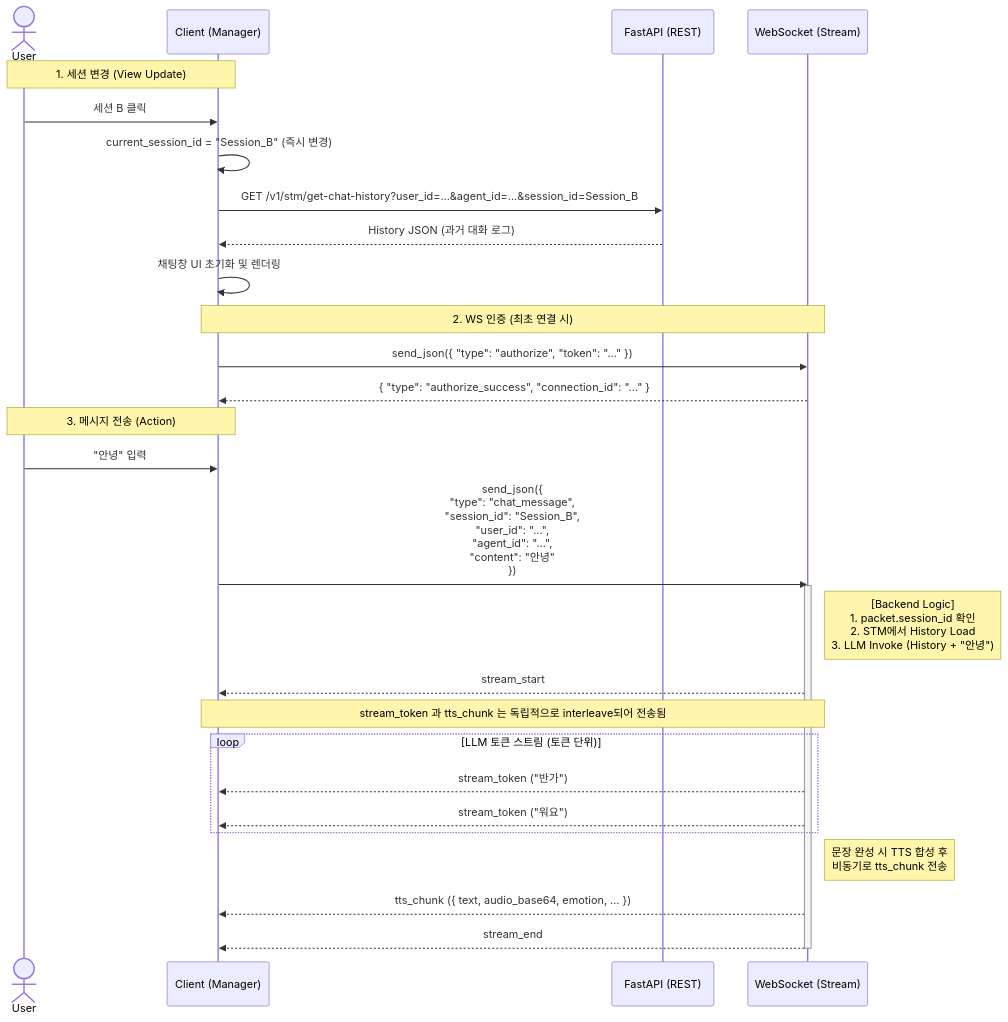
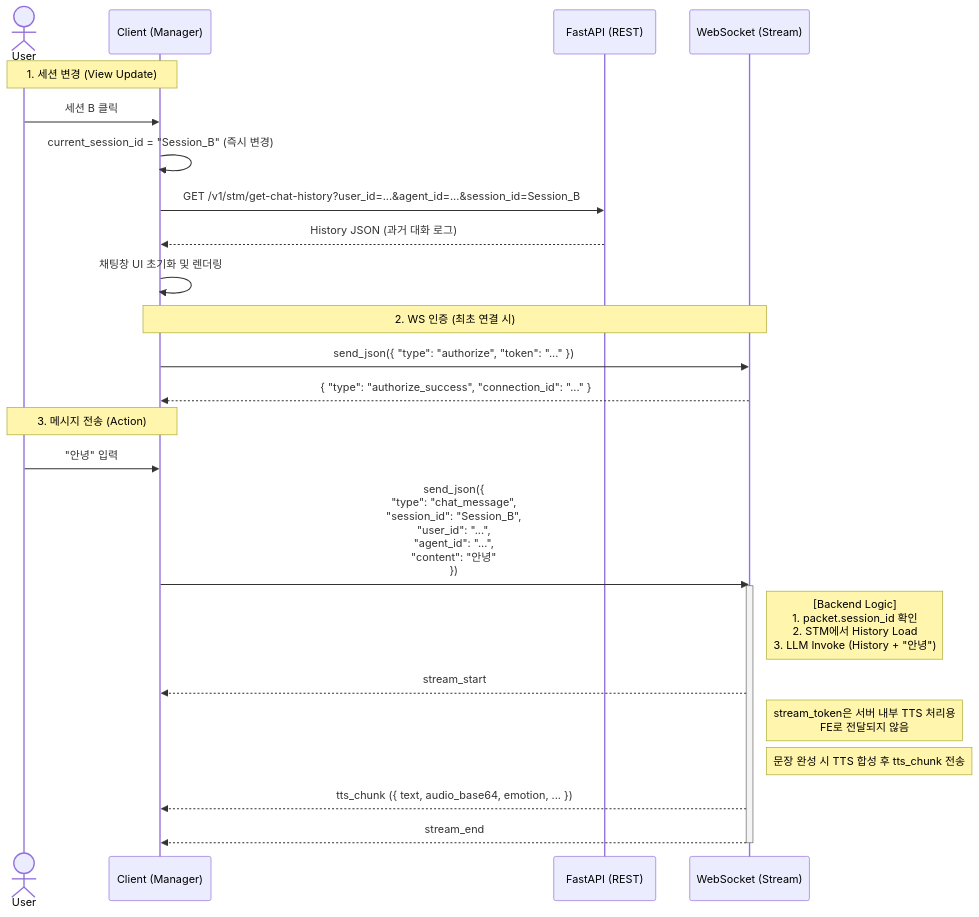
Before and after one commit to yw0nam/DesktopMatePlus: the diagram in docs/data_flow/session/SWITCH_SESSION.md, drawn with Mermaid. The commit also changed other lines of this file and 14 other files, not shown here.

````diff
--- a/docs/data_flow/session/SWITCH_SESSION.md
+++ b/docs/data_flow/session/SWITCH_SESSION.md
@@ -5,36 +5,32 @@
 ```mermaid
 sequenceDiagram
     actor User as User
     participant FE as Client (Manager)
     participant BE_API as FastAPI (REST)
     participant BE_WS as WebSocket (Stream)
 
     Note over User, FE: 1. 세션 변경 (View Update)
     User->>FE: 세션 B 클릭
     FE->>FE: current_session_id = "Session_B" (즉시 변경)
     FE->>BE_API: GET /v1/stm/get-chat-history?user_id=...&agent_id=...&session_id=Session_B
     BE_API-->>FE: History JSON (과거 대화 로그)
     FE->>FE: 채팅창 UI 초기화 및 렌더링
 
     Note over FE, BE_WS: 2. WS 인증 (최초 연결 시)
     FE->>BE_WS: send_json({ "type": "authorize", "token": "..." })
     BE_WS-->>FE: { "type": "authorize_success", "connection_id": "..." }
 
     Note over User, FE: 3. 메시지 전송 (Action)
     User->>FE: "안녕" 입력
     FE->>BE_WS: send_json({<br/> "type": "chat_message",<br/> "session_id": "Session_B",<br/> "user_id": "...",<br/> "agent_id": "...",<br/> "content": "안녕"<br/>})
 
     activate BE_WS
     Note right of BE_WS: [Backend Logic]<br>1. packet.session_id 확인<br>2. STM에서 History Load<br>3. LLM Invoke (History + "안녕")
 
     BE_WS-->>FE: stream_start
-    Note over BE_WS, FE: stream_token 과 tts_chunk 는 독립적으로 interleave되어 전송됨
-    loop LLM 토큰 스트림 (토큰 단위)
-        BE_WS-->>FE: stream_token ("반가")
-        BE_WS-->>FE: stream_token ("워요")
-    end
-    Note right of BE_WS: 문장 완성 시 TTS 합성 후<br>비동기로 tts_chunk 전송
+    Note right of BE_WS: stream_token은 서버 내부 TTS 처리용<br>FE로 전달되지 않음
+    Note right of BE_WS: 문장 완성 시 TTS 합성 후 tts_chunk 전송
     BE_WS-->>FE: tts_chunk ({ text, audio_base64, emotion, ... })
     BE_WS-->>FE: stream_end
     deactivate BE_WS
 ```
````
